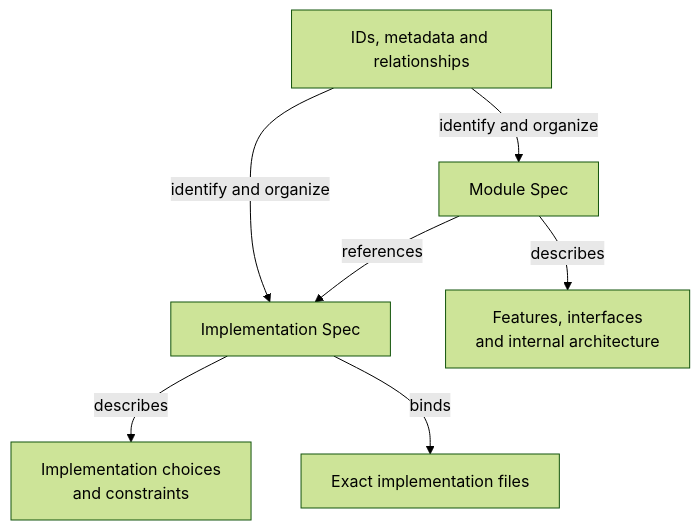
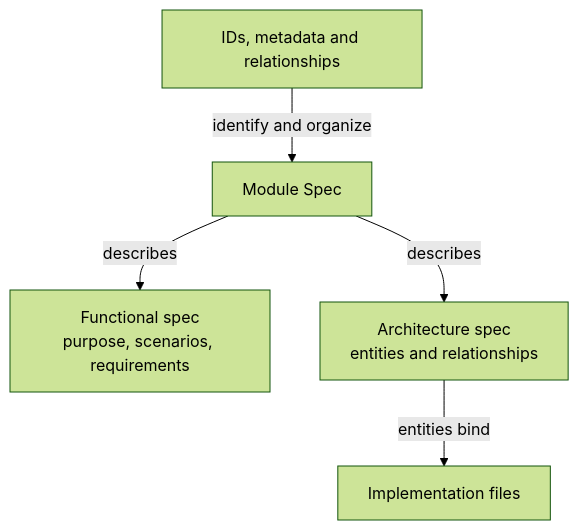
The diagram in protocol/README.md (FTOD/concorde), drawn with Mermaid (forest theme) before and after one commit. The commit also changed other lines of this file and 166 other files, not shown here.

First line of the commit message:
refactor(protocol)!: adopt Spec Protocol 3.0 with four-part Module Specs

````diff
--- a/protocol/README.md
+++ b/protocol/README.md
@@ -22,17 +24,14 @@
 ```mermaid
 flowchart TB
     accTitle: Information represented by project specifications
-    accDescr: Module Specs describe behavior and architecture and reference Implementation Specs. Implementation Specs describe realization choices and bind exact files. Spec management declarations identify and organize both kinds of specification.
+    accDescr: Spec management declarations identify and organize Module Specs. A Module Spec describes a functional specification of purpose, scenarios and requirements, and an architecture specification of entities and relationships. Architecture entities bind the exact implementation files that realize them.
     organization["IDs, metadata and relationships"]
     moduleSpec["Module Spec"]
-    implementationSpec["Implementation Spec"]
-    contract["Features, interfaces<br/>and internal architecture"]
-    choices["Implementation choices<br/>and constraints"]
-    files["Exact implementation files"]
+    functional["Functional spec<br/>purpose, scenarios, requirements"]
+    architecture["Architecture spec<br/>entities and relationships"]
+    files["Implementation files"]
     organization -->|identify and organize| moduleSpec
-    organization -->|identify and organize| implementationSpec
-    moduleSpec -->|describes| contract
-    moduleSpec -->|references| implementationSpec
-    implementationSpec -->|describes| choices
-    implementationSpec -->|binds| files
+    moduleSpec -->|describes| functional
+    moduleSpec -->|describes| architecture
+    architecture -->|entities bind| files
 ```
````
